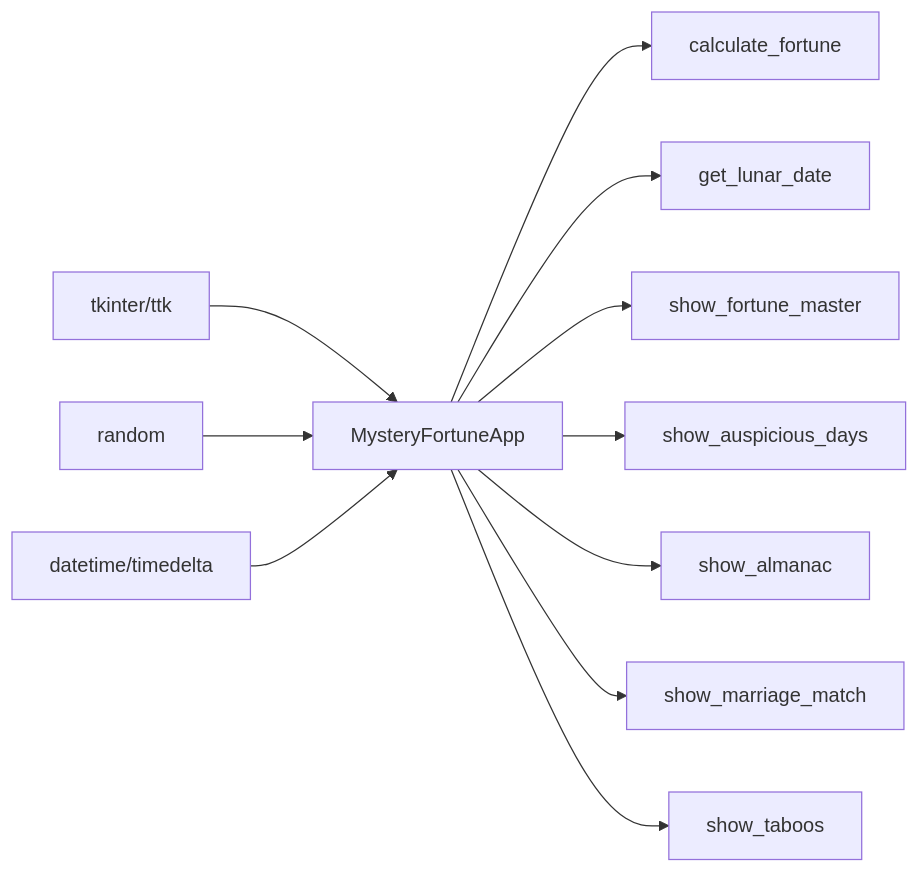
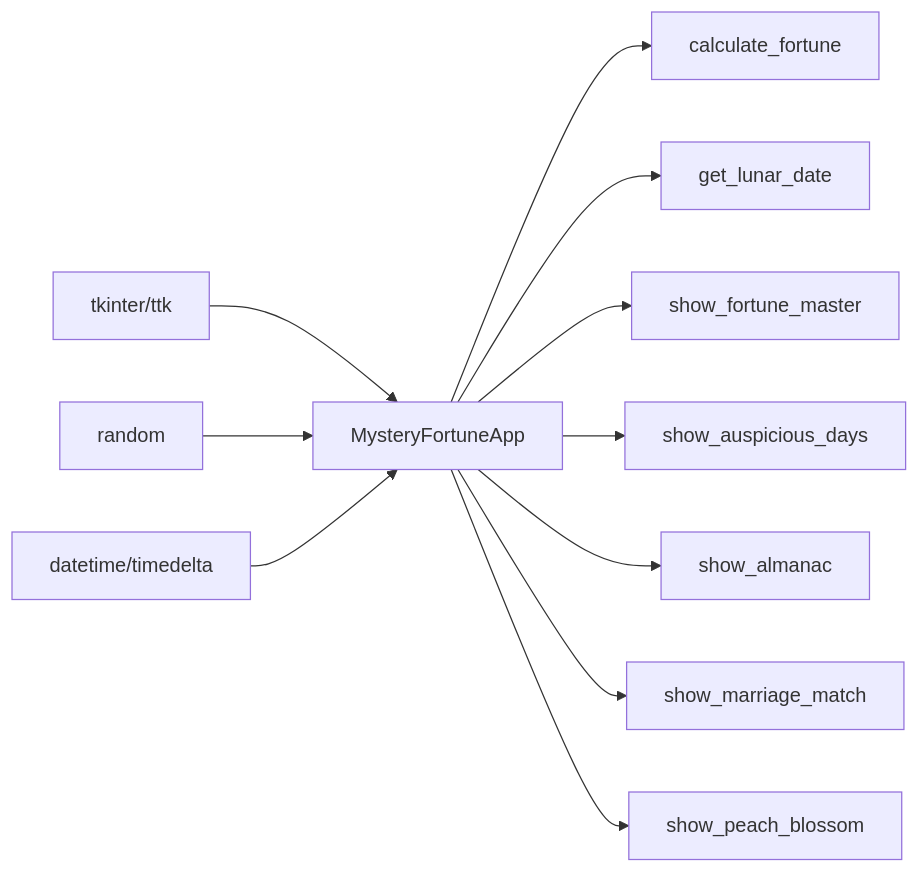
One commit to liudaba/Mysterious-Fate-Theory-One-Test-Knows changed the eighth of 8 diagrams in .qoder/repowiki/zh/content/Python GUI主程序.md. Above: the diagram before and after it, drawn with Mermaid. The commit also changed other lines of this file and 4 other files, not shown here.

````diff
--- a/.qoder/repowiki/zh/content/Python GUI主程序.md
+++ b/.qoder/repowiki/zh/content/Python GUI主程序.md
@@ -260,13 +313,13 @@
 ```mermaid
 graph LR
 T["tkinter/ttk"] --> A["MysteryFortuneApp"]
 R["random"] --> A
 D["datetime/timedelta"] --> A
 A --> F["calculate_fortune"]
 A --> L["get_lunar_date"]
 A --> P1["show_fortune_master"]
 A --> P2["show_auspicious_days"]
 A --> P3["show_almanac"]
 A --> P4["show_marriage_match"]
-A --> P5["show_taboos"]
+A --> P5["show_peach_blossom"]
 ```
````
